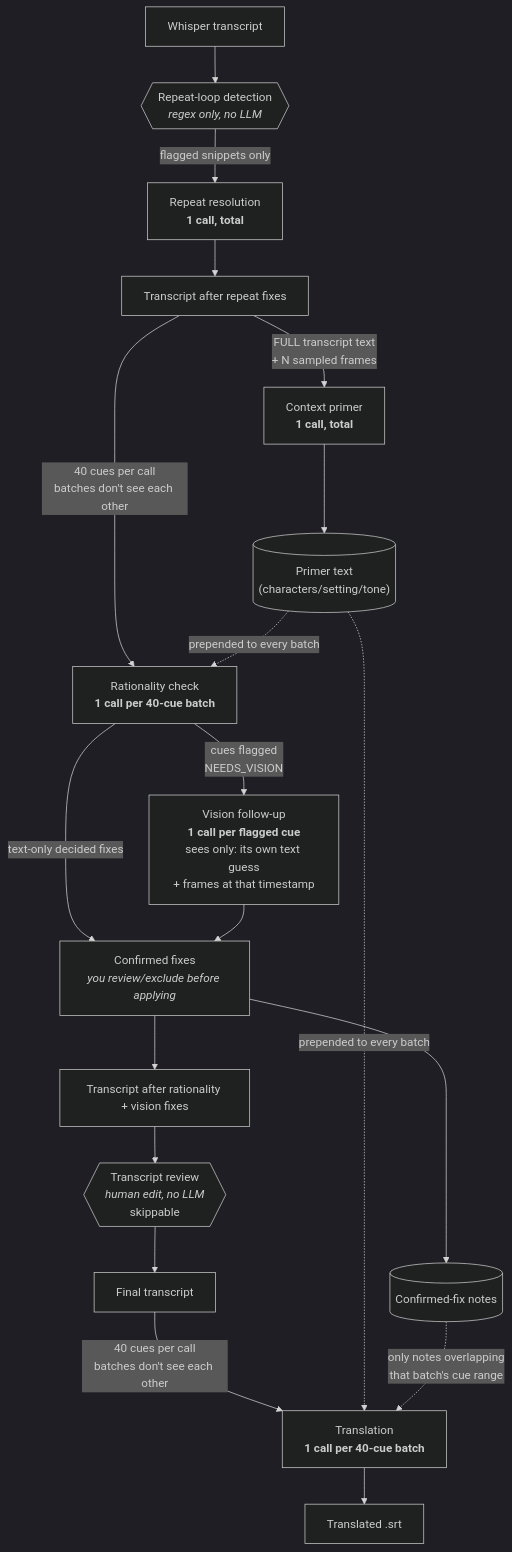
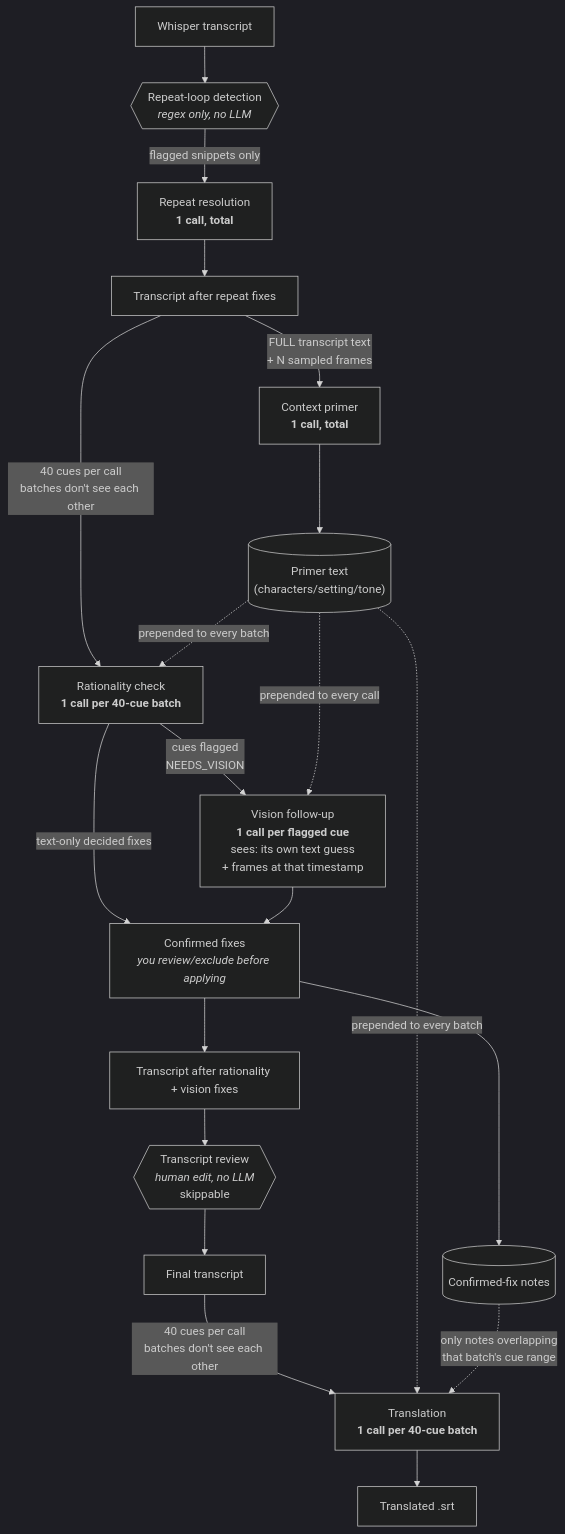
The diagram in README.md (JonathanOrr/LocalSub), drawn with Mermaid (dark theme) before and after one commit. The commit also changed other lines of this file and 2 other files, not shown here.

Commit message:
Pass the context primer into the vision follow-up LLM call
Vision follow-up was the one LLM stage with zero awareness of the
broader video - just a flagged line, its text-only guess, and a few
frames from that exact second, with no sense of who's speaking or
what's established elsewhere. It now gets the same context primer
(characters/setting/tone) already prepended to the rationality-check
and translation calls, which should help it disambiguate frames
against established names/setting instead of guessing blind.

Updated the README's LLM-context diagram/table to match.

````diff
--- a/README.md
+++ b/README.md
@@ -49,29 +49,30 @@
 ```mermaid
 flowchart TD
     A[Whisper transcript] --> B{{"Repeat-loop detection<br/><i>regex only, no LLM</i>"}}
 
     B -->|"flagged snippets only"| C["Repeat resolution<br/><b>1 call, total</b>"]
     C --> D[Transcript after repeat fixes]
 
     D -->|"FULL transcript text<br/>+ N sampled frames"| E["Context primer<br/><b>1 call, total</b>"]
     E --> P[("Primer text<br/>(characters/setting/tone)")]
 
     D -->|"40 cues per call<br/>batches don't see each other"| F["Rationality check<br/><b>1 call per 40-cue batch</b>"]
     P -.->|"prepended to every batch"| F
 
-    F -->|"cues flagged<br/>NEEDS_VISION"| G["Vision follow-up<br/><b>1 call per flagged cue</b><br/>sees only: its own text guess<br/>+ frames at that timestamp"]
+    F -->|"cues flagged<br/>NEEDS_VISION"| G["Vision follow-up<br/><b>1 call per flagged cue</b><br/>sees: its own text guess<br/>+ frames at that timestamp"]
+    P -.->|"prepended to every call"| G
     F -->|"text-only decided fixes"| CC["Confirmed fixes<br/><i>you review/exclude before applying</i>"]
     G --> CC
 
     CC --> N[("Confirmed-fix notes")]
     CC --> R[Transcript after rationality + vision fixes]
 
     R --> V{{"Transcript review<br/><i>human edit, no LLM</i><br/>skippable"}}
     V --> R2[Final transcript]
 
     R2 -->|"40 cues per call<br/>batches don't see each other"| H["Translation<br/><b>1 call per 40-cue batch</b>"]
     P -.->|"prepended to every batch"| H
     N -.->|"only notes overlapping<br/>that batch's cue range"| H
 
     H --> Z[Translated .srt]
 ```
````
